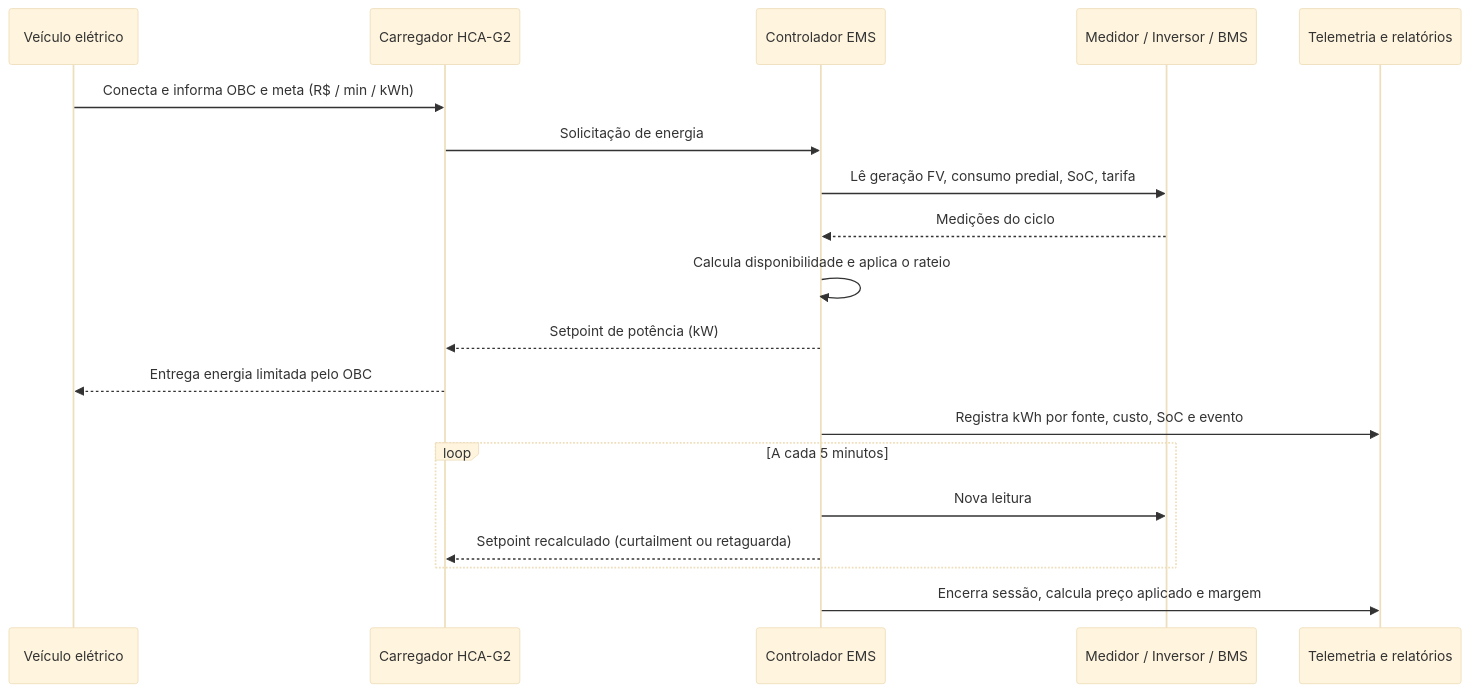
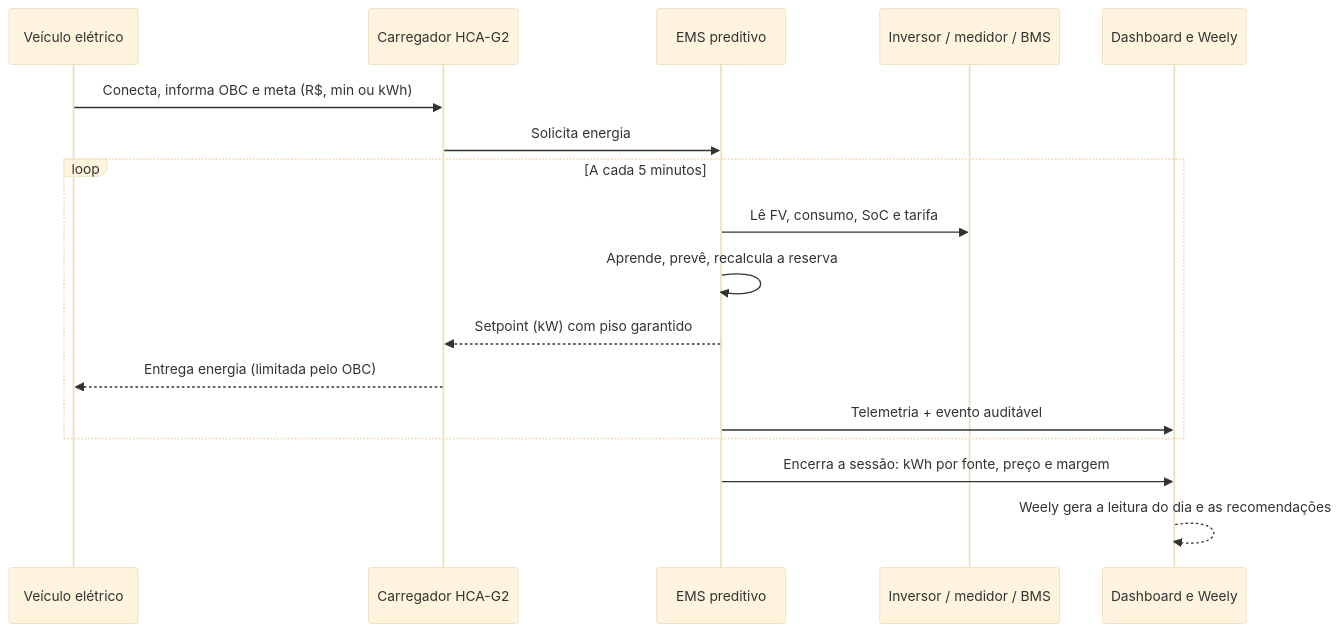
One commit to fabiananakagawa/sprint4_python changed the third of 3 diagrams in README.md. Above: the diagram before and after it, drawn with Mermaid (base theme). The commit also changed other lines of this file and 20 other files, not shown here.

````diff
--- a/README.md
+++ b/README.md
@@ -98,22 +134,20 @@
 ```mermaid
 sequenceDiagram
     participant EV as Veículo elétrico
     participant WB as Carregador HCA-G2
-    participant EMS as Controlador EMS
-    participant MED as Medidor / Inversor / BMS
-    participant DB as Telemetria e relatórios
+    participant EMS as EMS preditivo
+    participant MED as Inversor / medidor / BMS
+    participant APP as Dashboard e Weely
 
-    EV->>WB: Conecta e informa OBC e meta (R$ / min / kWh)
-    WB->>EMS: Solicitação de energia
-    EMS->>MED: Lê geração FV, consumo predial, SoC, tarifa
-    MED-->>EMS: Medições do ciclo
-    EMS->>EMS: Calcula disponibilidade e aplica o rateio
-    EMS-->>WB: Setpoint de potência (kW)
-    WB-->>EV: Entrega energia limitada pelo OBC
-    EMS->>DB: Registra kWh por fonte, custo, SoC e evento
+    EV->>WB: Conecta, informa OBC e meta (R$, min ou kWh)
+    WB->>EMS: Solicita energia
     loop A cada 5 minutos
-        EMS->>MED: Nova leitura
-        EMS-->>WB: Setpoint recalculado (curtailment ou retaguarda)
+        EMS->>MED: Lê FV, consumo, SoC e tarifa
+        EMS->>EMS: Aprende, prevê, recalcula a reserva
+        EMS-->>WB: Setpoint (kW) com piso garantido
+        WB-->>EV: Entrega energia (limitada pelo OBC)
+        EMS->>APP: Telemetria + evento auditável
     end
-    EMS->>DB: Encerra sessão, calcula preço aplicado e margem
+    EMS->>APP: Encerra a sessão: kWh por fonte, preço e margem
+    APP-->>APP: Weely gera a leitura do dia e as recomendações
 ```
````
